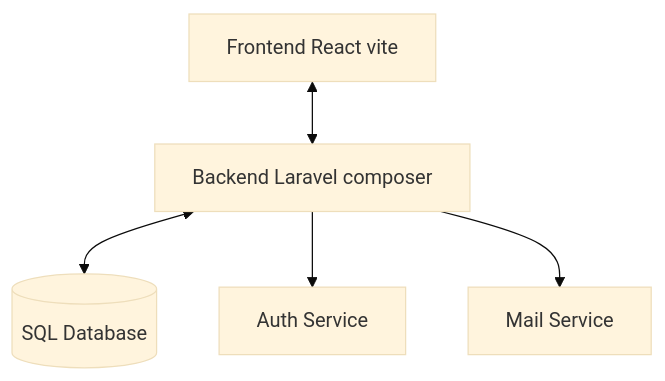
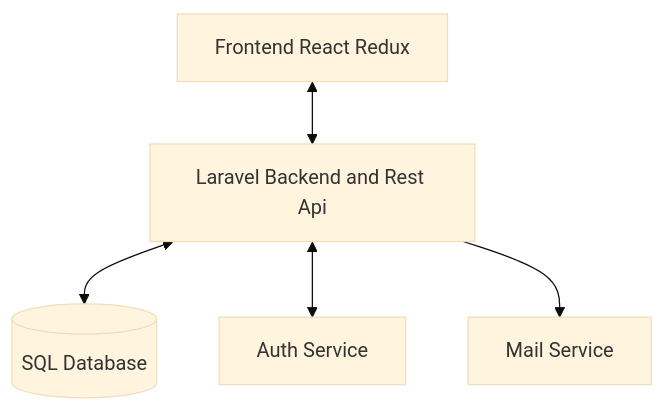
Before and after one commit to Suk-Be/fullstack-homepage: the diagram in README.md, drawn with Mermaid (base theme). The commit also changed 1 other file, not shown here.

Commit message:
update readme with architecture content

````diff
--- a/README.md
+++ b/README.md
@@ -41,7 +41,7 @@
 ```mermaid
 graph TD;
-  A[Frontend React vite] <--> B[Backend Laravel composer]
+  A[Frontend React Redux] <--> B[Laravel Backend and Rest Api]
   B <--> C[(SQL Database)]
-  B --> D[Auth Service]
+  B <--> D[Auth Service]
   B --> E[Mail Service]
 ```
````
